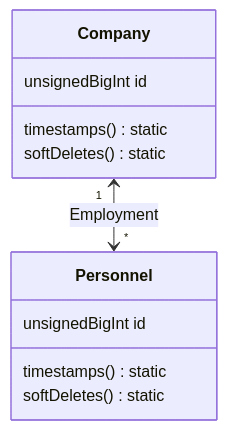
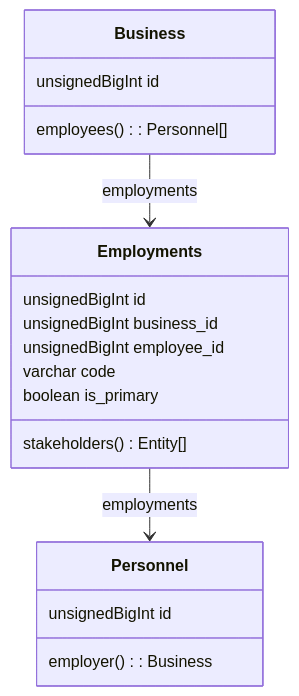
Before and after one commit to creasico/laravel-base: the fourth of 7 diagrams in database/README.md, drawn with Mermaid. The commit also changed other lines of this file and 2 other files, not shown here.

````diff
--- a/database/README.md
+++ b/database/README.md
@@ -192,14 +246,22 @@
 ```mermaid
 classDiagram
-    Company "1" <--> "*" Personnel : Employment
-    class Company {
+     Employments --> Personnel : employments
+     Business --> Employments : employments
+
+    class Business {
         unsignedBigInt id
-        timestamps() static
-        softDeletes() static
+        employees(): Personnel[]
     }
     class Personnel {
         unsignedBigInt id
-        timestamps() static
-        softDeletes() static
+        employer(): Business
+    }
+    class Employments {
+        unsignedBigInt id
+        unsignedBigInt business_id
+        unsignedBigInt employee_id
+        varchar code
+        boolean is_primary
+        stakeholders() Entity[]
     }
 ```
````
